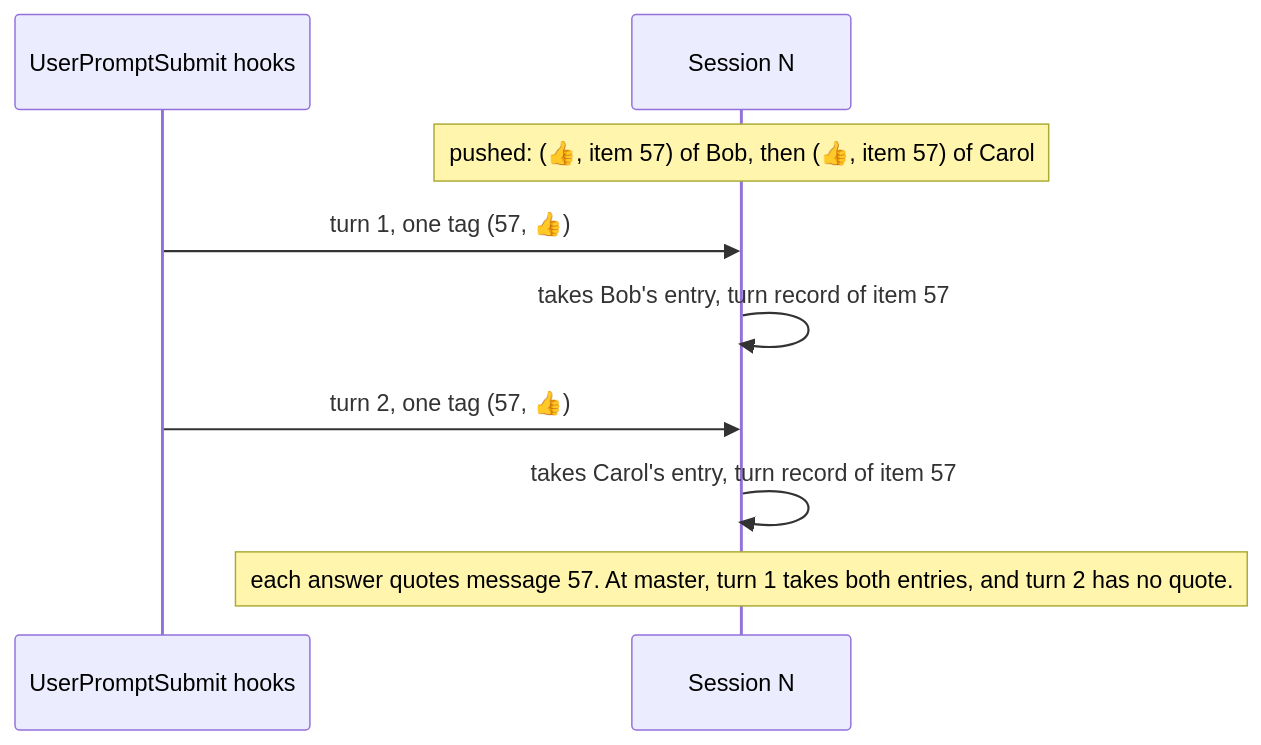
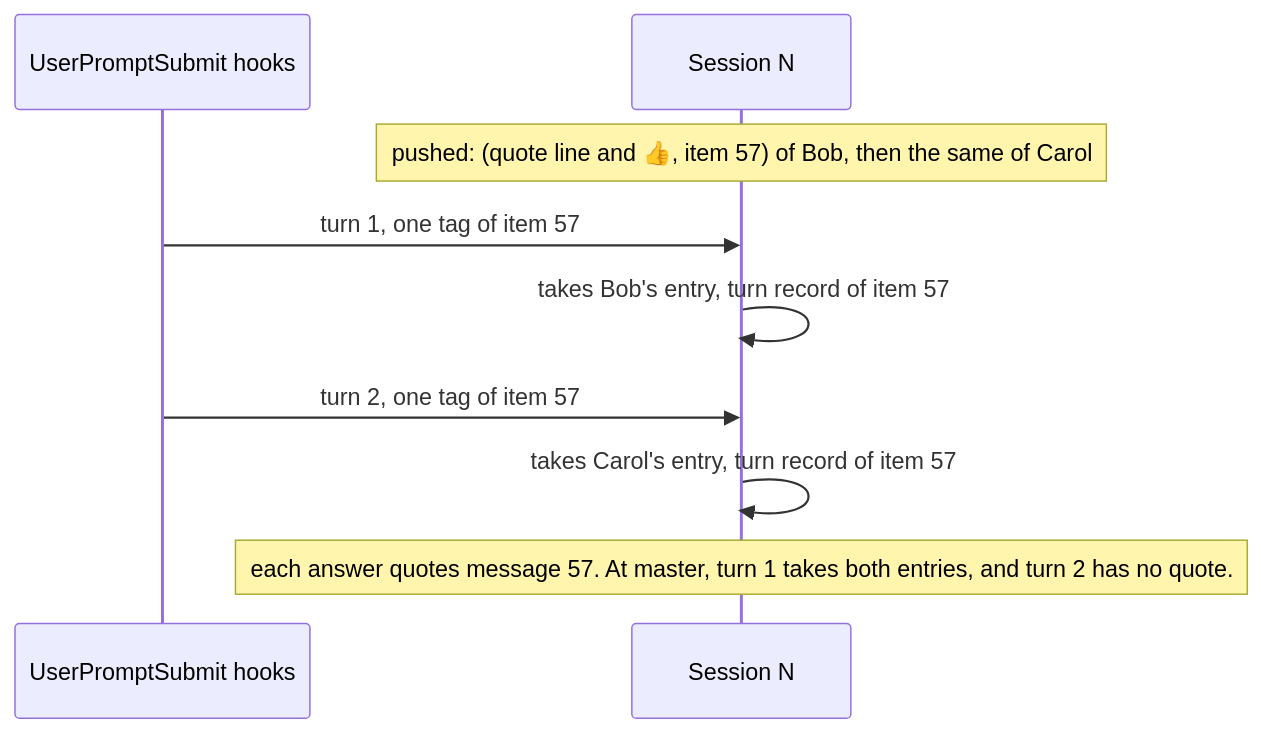
Before and after one commit to simplex-chat/simplex-chat: the second of 4 diagrams in plans/2026-11-12-mcp-reactions.md, drawn with Mermaid. The commit also changed other lines of this file, not shown here.

Commit message:
plan: mcp-reactions, Q2 decided, reply form with a quote line

````diff
--- a/plans/2026-11-12-mcp-reactions.md
+++ b/plans/2026-11-12-mcp-reactions.md
@@ -274,11 +245,11 @@
 ```mermaid
 sequenceDiagram
   participant HK as UserPromptSubmit hooks
   participant N as Session N
-  Note over N: pushed: (👍, item 57) of Bob, then (👍, item 57) of Carol
-  HK->>N: turn 1, one tag (57, 👍)
+  Note over N: pushed: (quote line and 👍, item 57) of Bob, then the same of Carol
+  HK->>N: turn 1, one tag of item 57
   N->>N: takes Bob's entry, turn record of item 57
-  HK->>N: turn 2, one tag (57, 👍)
+  HK->>N: turn 2, one tag of item 57
   N->>N: takes Carol's entry, turn record of item 57
   Note over N: each answer quotes message 57. At master, turn 1 takes both entries, and turn 2 has no quote.
 ```
````
